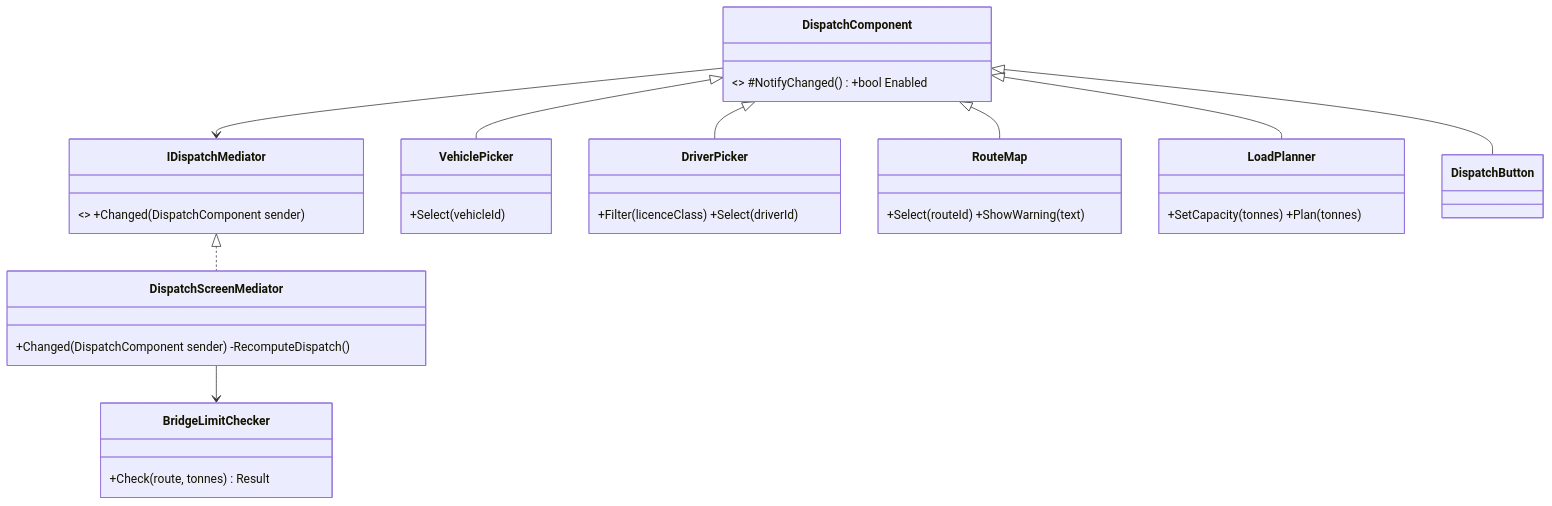
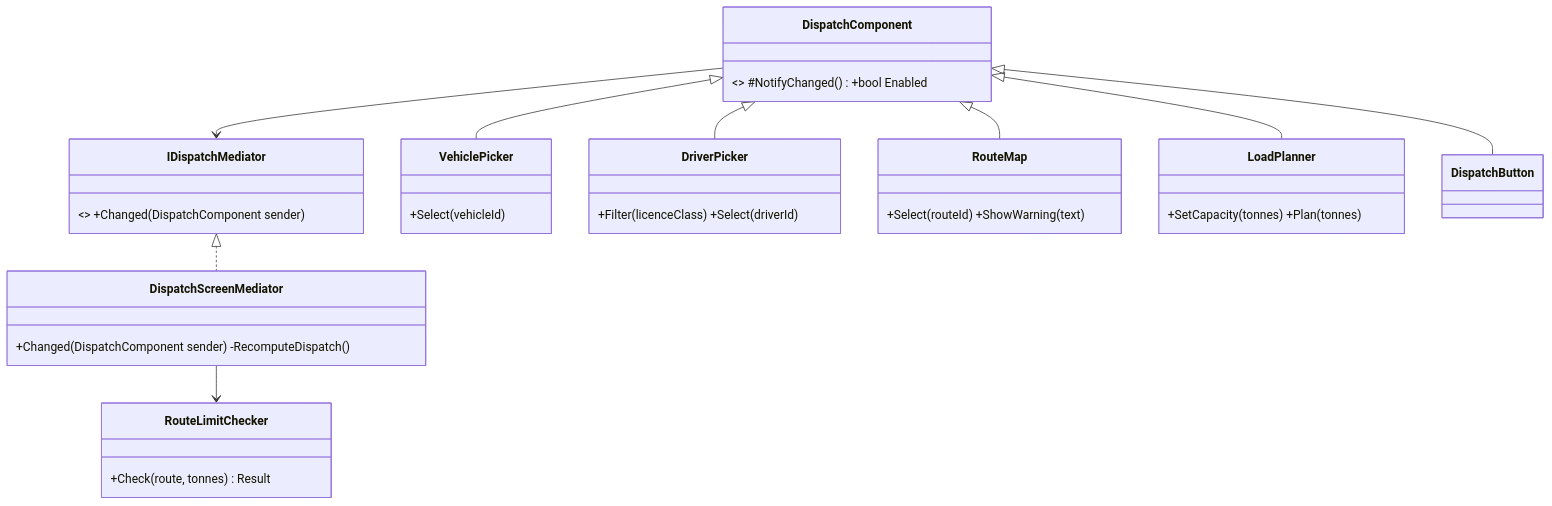
One commit to rizwi0786/system-design-lab changed the third of 3 diagrams in content/lessons/m06/m06-mediator.md. Above: the diagram before and after it, drawn with Mermaid. The commit also changed other lines of this file and 334 other files, not shown here.

````diff
--- a/content/lessons/m06/m06-mediator.md
+++ b/content/lessons/m06/m06-mediator.md
@@ -1399,20 +1399,20 @@
 ```mermaid
 classDiagram
   class IDispatchMediator { <<interface>> +Changed(DispatchComponent sender) }
   class DispatchScreenMediator { +Changed(DispatchComponent sender) -RecomputeDispatch() }
   class DispatchComponent { <<abstract>> #NotifyChanged() +bool Enabled }
   class VehiclePicker { +Select(vehicleId) }
   class DriverPicker { +Filter(licenceClass) +Select(driverId) }
   class RouteMap { +Select(routeId) +ShowWarning(text) }
   class LoadPlanner { +SetCapacity(tonnes) +Plan(tonnes) }
   class DispatchButton
-  class BridgeLimitChecker { +Check(route, tonnes) Result }
+  class RouteLimitChecker { +Check(route, tonnes) Result }
   IDispatchMediator <|.. DispatchScreenMediator
   DispatchComponent --> IDispatchMediator
   DispatchComponent <|-- VehiclePicker
   DispatchComponent <|-- DriverPicker
   DispatchComponent <|-- RouteMap
   DispatchComponent <|-- LoadPlanner
   DispatchComponent <|-- DispatchButton
-  DispatchScreenMediator --> BridgeLimitChecker
+  DispatchScreenMediator --> RouteLimitChecker
 ```
````
